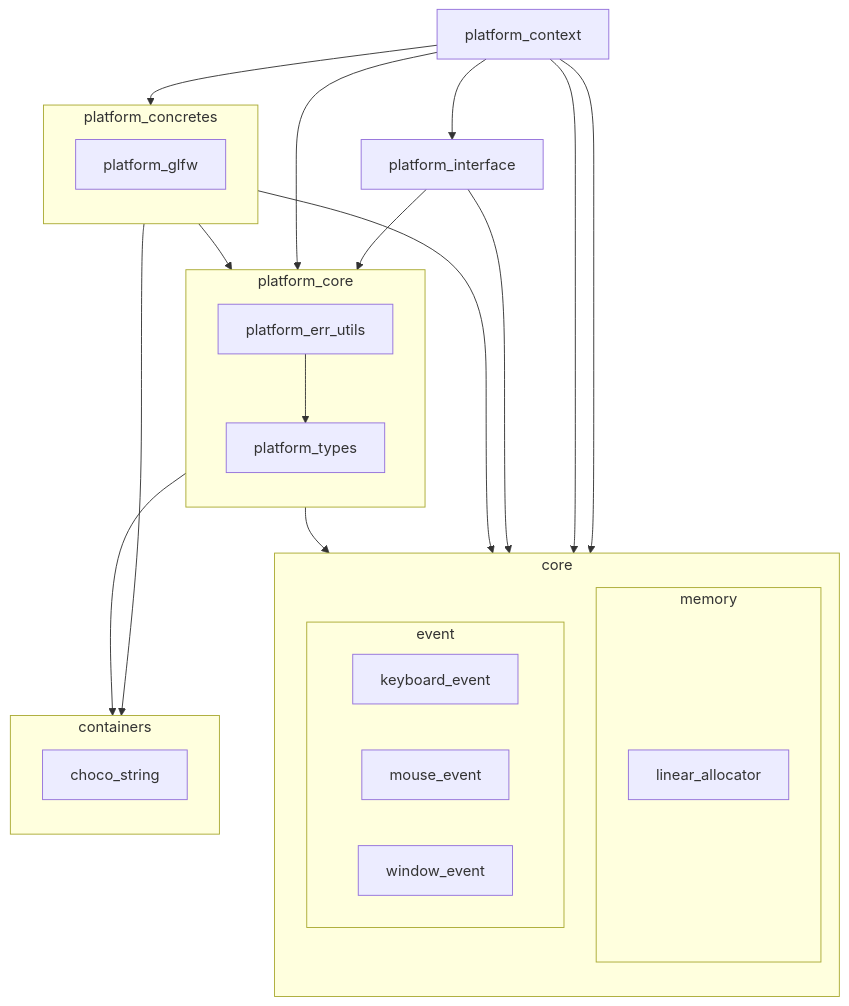
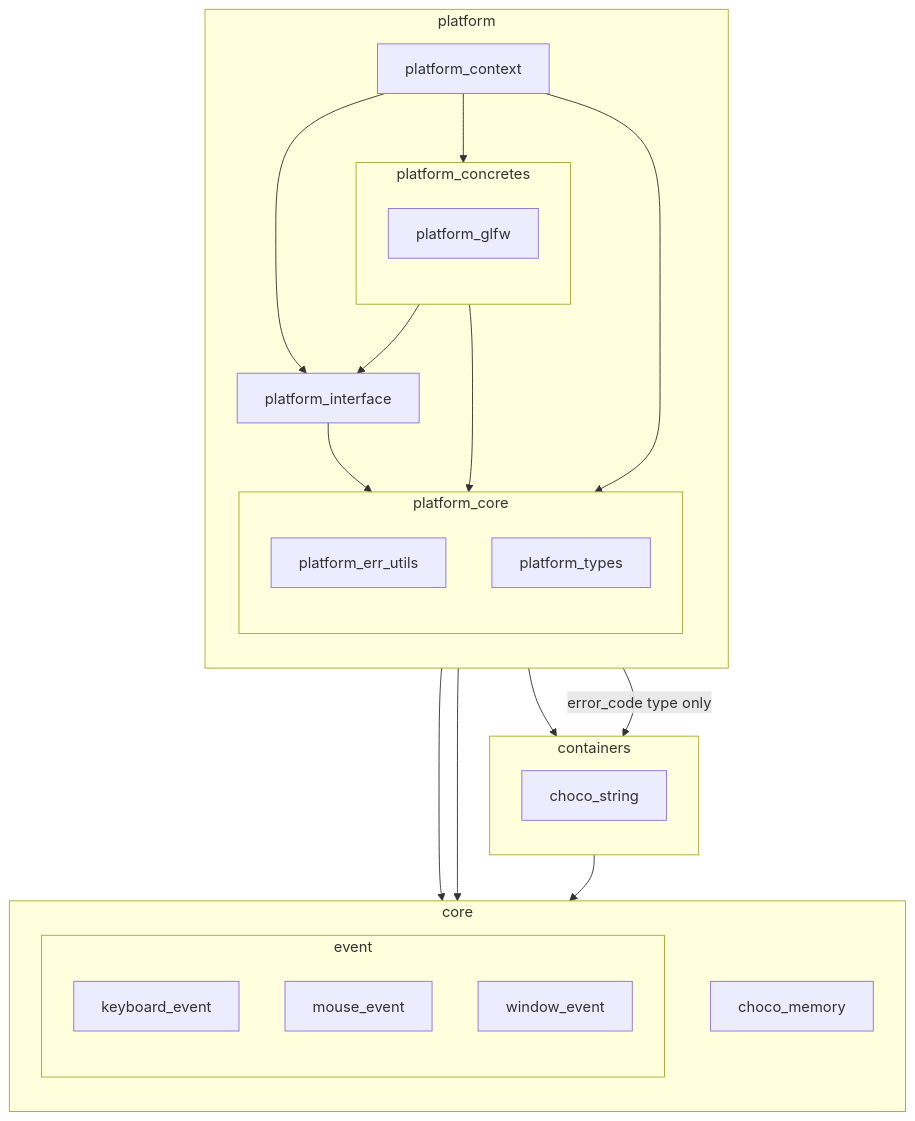
Before and after one commit to chocolate-pie24/gl_choco_engine: the second of 3 diagrams in docs/layer.md, drawn with Mermaid. The commit also changed other lines of this file, not shown here.

Commit message:
docs: engine overview, platform, rendererレイヤー構成メンテナンス

````diff
--- a/docs/layer.md
+++ b/docs/layer.md
@@ -158,53 +71,53 @@
 ```mermaid
 graph TD
   subgraph CORE[core]
     direction TB
-    subgraph MEMORY[memory]
-      LINEAR_ALLOCATOR[linear_allocator]
-    end
-
     subgraph EVENT[event]
+      direction TB
       KEYBOARD_EVENT[keyboard_event]
       MOUSE_EVENT[mouse_event]
       WINDOW_EVENT[window_event]
     end
-
+    CHOCO_MEMORY[choco_memory]
   end
 
   subgraph CONTAINERS[containers]
     direction TB
     CHOCO_STRING[choco_string]
   end
 
-  subgraph PLATFORM_CORE[platform_core]
+  subgraph PLATFORM[platform]
     direction TB
-    PLATFORM_ERR_UTILS[platform_err_utils]
-    PLATFORM_TYPES[platform_types]
-  end
-  PLATFORM_ERR_UTILS --> PLATFORM_TYPES
 
-  PLATFORM_INTERFACE[platform_interface]
+    PLATFORM_CONTEXT[platform_context]
 
-  subgraph PLATFORM_CONCRETES[platform_concretes]
-    direction TB
-    PLATFORM_GLFW[platform_glfw]
+    subgraph PLATFORM_CORE[platform_core]
+      direction TB
+      PLATFORM_ERR_UTILS[platform_err_utils]
+      PLATFORM_TYPES[platform_types]
+    end
+
+    PLATFORM_INTERFACE[platform_interface]
+
+    subgraph PLATFORM_CONCRETES[platform_concretes]
+      direction TB
+      PLATFORM_GLFW[platform_glfw]
+    end
   end
 
-  PLATFORM_CONTEXT[platform_context]
-
-  PLATFORM_CONTEXT --> LINEAR_ALLOCATOR
   PLATFORM_CONTEXT --> PLATFORM_CORE
   PLATFORM_CONTEXT --> PLATFORM_GLFW
   PLATFORM_CONTEXT --> PLATFORM_INTERFACE
   PLATFORM_CONTEXT --> EVENT
 
   PLATFORM_GLFW --> PLATFORM_CORE
-  PLATFORM_GLFW --> EVENT
   PLATFORM_GLFW --> CHOCO_STRING
+  PLATFORM_GLFW --> PLATFORM_INTERFACE
 
   PLATFORM_INTERFACE --> PLATFORM_TYPES
   PLATFORM_INTERFACE --> EVENT
 
-  PLATFORM_ERR_UTILS --> LINEAR_ALLOCATOR
-  PLATFORM_ERR_UTILS --> CHOCO_STRING
+  PLATFORM_ERR_UTILS -->|error_code type only| CHOCO_STRING
+
+  CHOCO_STRING --> CHOCO_MEMORY
 ```
````
